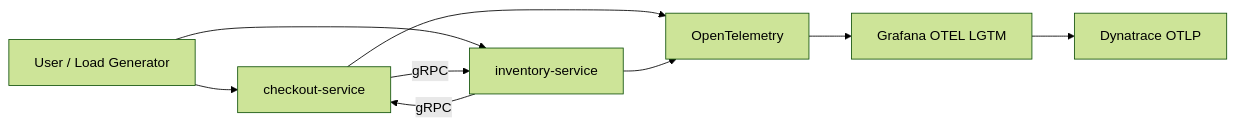
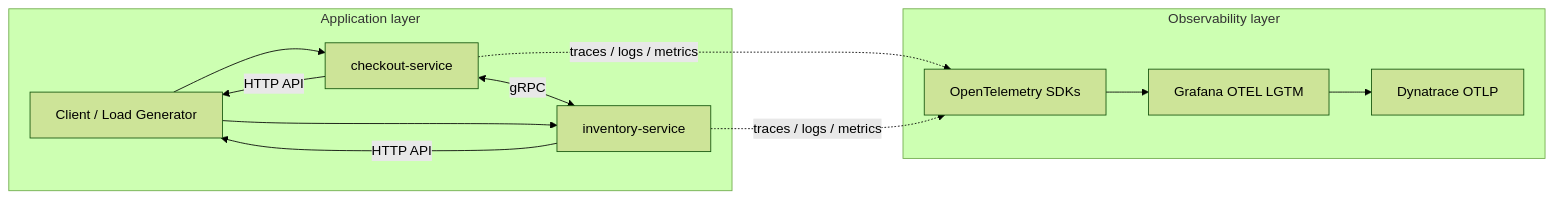
One commit to AhmedAbouelkher/micro_market changed the first of 2 diagrams in README.md. Above: the diagram before and after it, drawn with Mermaid (forest theme). The commit also changed other lines of this file and 16 other files, not shown here.

````diff
--- a/README.md
+++ b/README.md
@@ -47,11 +47,25 @@
 ```mermaid
 flowchart LR
-  User[User / Load Generator] --> Checkout[checkout-service]
-  User --> Inventory[inventory-service]
-  Checkout -->|gRPC| Inventory
-  Inventory -->|gRPC| Checkout
-  Checkout --> OTEL[OpenTelemetry]
-  Inventory --> OTEL
-  OTEL --> LGTM[Grafana OTEL LGTM]
-  LGTM --> Dynatrace[Dynatrace OTLP]
+  User[Client / Load Generator]
+
+  subgraph App[Application layer]
+    Checkout[checkout-service]
+    Inventory[inventory-service]
+    Checkout -->|HTTP API| User
+    Inventory -->|HTTP API| User
+    Checkout <-->|gRPC| Inventory
+  end
+
+  subgraph Obs[Observability layer]
+    OTEL[OpenTelemetry SDKs]
+    LGTM[Grafana OTEL LGTM]
+    Dynatrace[Dynatrace OTLP]
+    OTEL --> LGTM
+    LGTM --> Dynatrace
+  end
+
+  Checkout -. traces / logs / metrics .-> OTEL
+  Inventory -. traces / logs / metrics .-> OTEL
+  User --> Checkout
+  User --> Inventory
 ```
````
